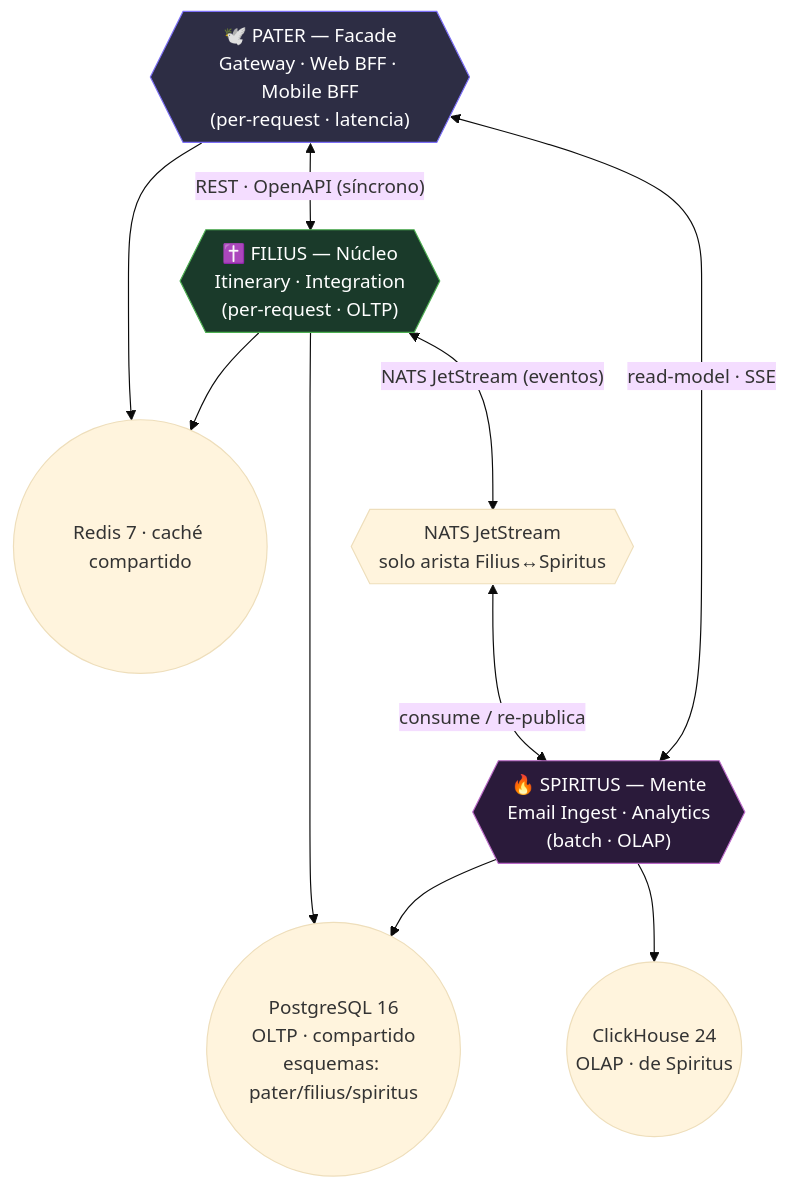
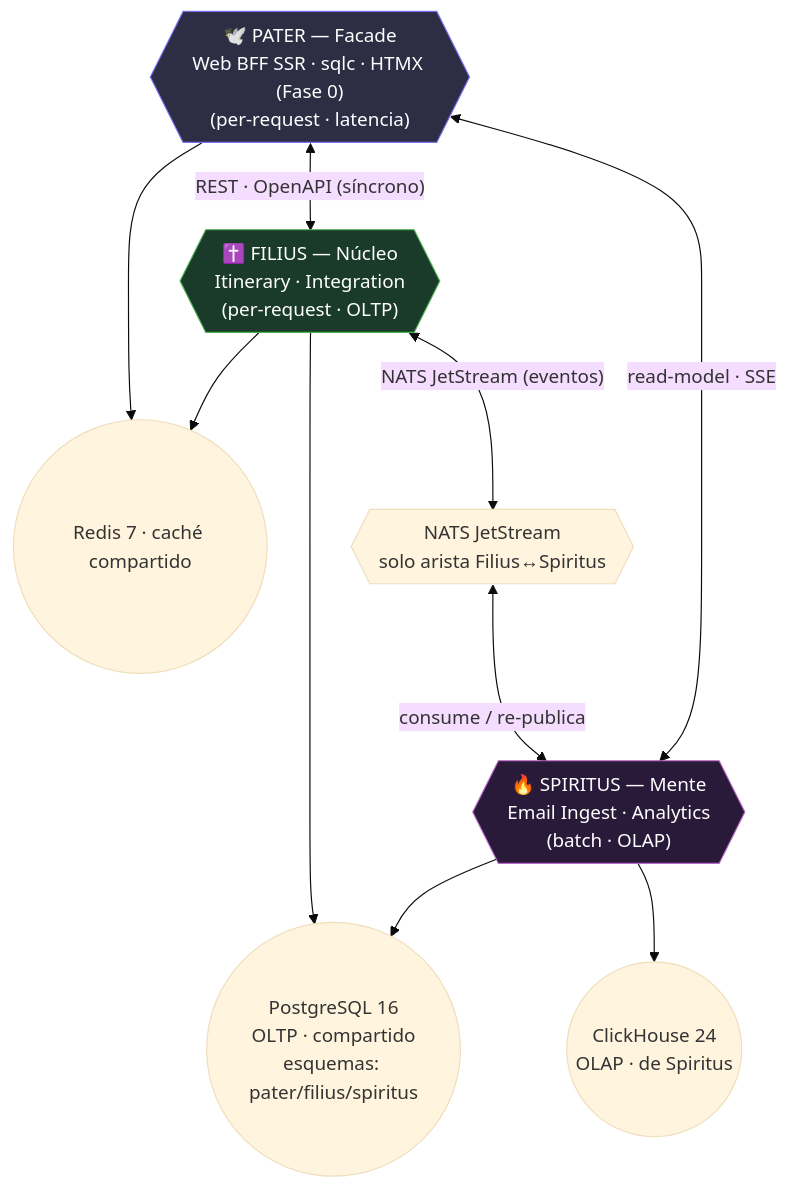
One commit to az-juan/trotamundos changed the diagram in trinity/units/README.md. Above: the diagram before and after it, drawn with Mermaid (base theme). The commit also changed other lines of this file and 98 other files, not shown here.

````diff
--- a/trinity/units/README.md
+++ b/trinity/units/README.md
@@ -22,23 +22,23 @@
 ```mermaid
 graph TB
-    P{{"🕊️ PATER — Facade<br/>Gateway · Web BFF · Mobile BFF<br/>(per-request · latencia)"}}
+    P{{"🕊️ PATER — Facade<br/>Web BFF SSR · sqlc · HTMX (Fase 0)<br/>(per-request · latencia)"}}
     F{{"✝️ FILIUS — Núcleo<br/>Itinerary · Integration<br/>(per-request · OLTP)"}}
     S{{"🔥 SPIRITUS — Mente<br/>Email Ingest · Analytics<br/>(batch · OLAP)"}}
     PG(("PostgreSQL 16<br/>OLTP · compartido<br/>esquemas: pater/filius/spiritus"))
     REDIS(("Redis 7 · caché compartido"))
     CH(("ClickHouse 24<br/>OLAP · de Spiritus"))
     NATS{{"NATS JetStream<br/>solo arista Filius↔Spiritus"}}
 
     P <-->|"REST · OpenAPI (síncrono)"| F
     F <-->|"NATS JetStream (eventos)"| NATS
     NATS <-->|"consume / re-publica"| S
     S <-->|"read-model · SSE"| P
     P --> REDIS
     F --> PG
     F --> REDIS
     S --> PG
     S --> CH
     style P fill:#2d2d44,stroke:#7c6ff7,color:#fff
     style F fill:#1a3a2a,stroke:#4caf50,color:#fff
     style S fill:#2a1a3a,stroke:#ba68c8,color:#fff
 ```
````
